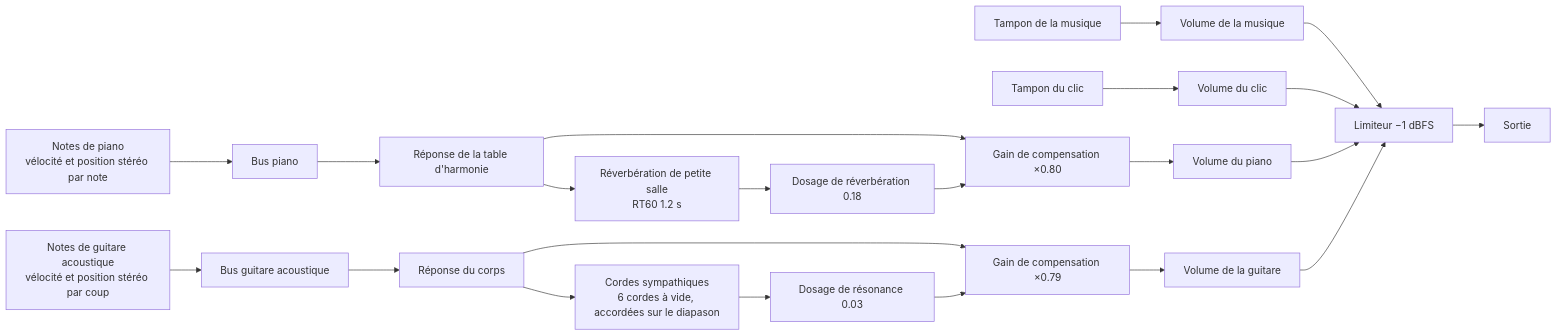
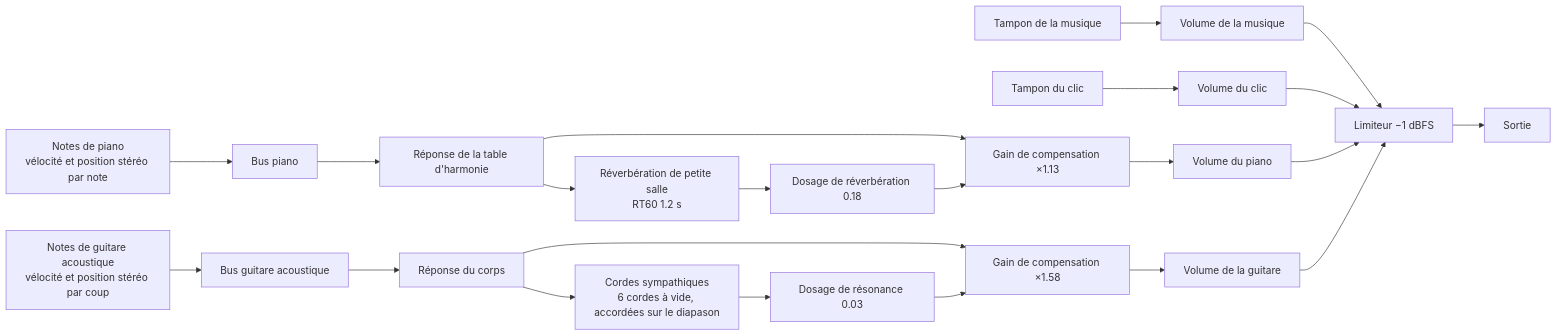
The third of 3 diagrams in README.fr.md (Velvitty/Chordity), drawn with Mermaid before and after one commit. The commit also changed other lines of this file and 9 other files, not shown here.

````diff
--- a/README.fr.md
+++ b/README.fr.md
@@ -1419,18 +1419,18 @@
 ```mermaid
 flowchart LR
   M["Tampon de la musique"] --> GM["Volume de la musique"]
   C["Tampon du clic"] --> GC["Volume du clic"]
   P["Notes de piano<br/>vélocité et position stéréo par note"] --> PB["Bus piano"] --> SB["Réponse de la table d'harmonie"]
-  SB --> MP["Gain de compensation ×0.80"]
+  SB --> MP["Gain de compensation ×1.13"]
   SB --> RP["Réverbération de petite salle<br/>RT60 1.2 s"] --> WP["Dosage de réverbération 0.18"] --> MP
   G["Notes de guitare acoustique<br/>vélocité et position stéréo par coup"] --> GB["Bus guitare acoustique"] --> BD["Réponse du corps"]
-  BD --> MG["Gain de compensation ×0.79"]
+  BD --> MG["Gain de compensation ×1.58"]
   BD --> RG["Cordes sympathiques<br/>6 cordes à vide, accordées sur le diapason"] --> WG["Dosage de résonance 0.03"] --> MG
   MP --> GP["Volume du piano"]
   MG --> GG["Volume de la guitare"]
   GM --> L["Limiteur −1 dBFS"]
   GC --> L
   GP --> L
   GG --> L
   L --> O["Sortie"]
 ```
````
